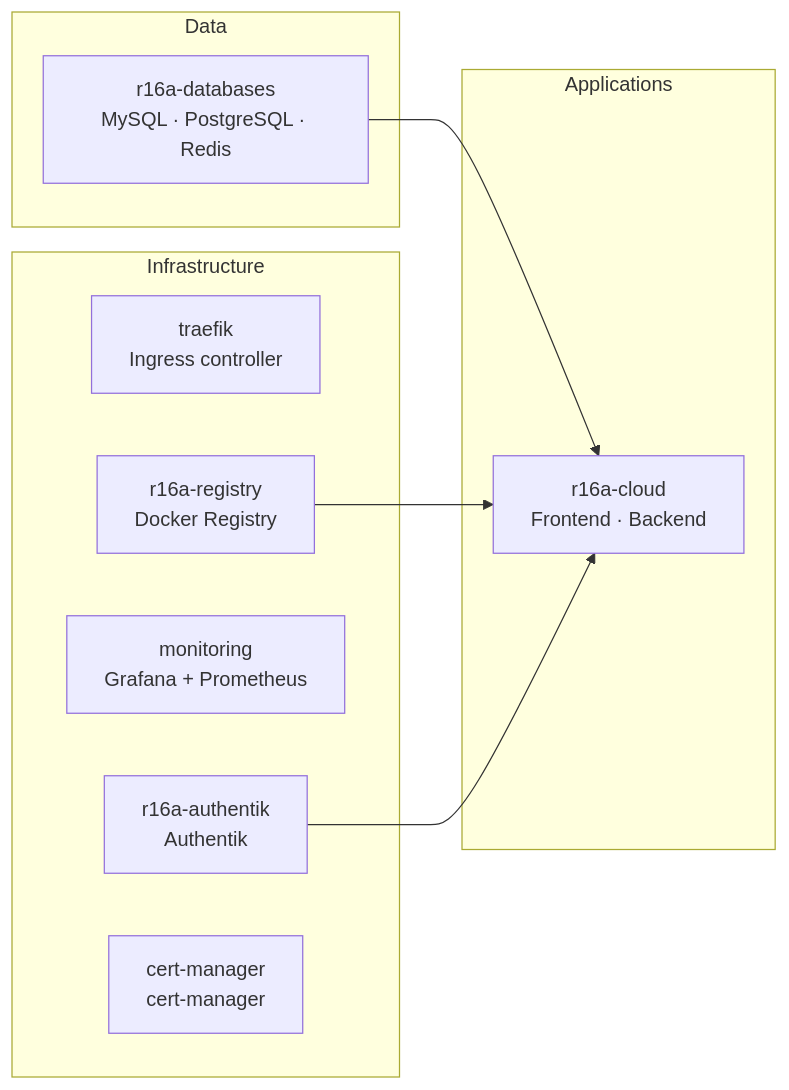
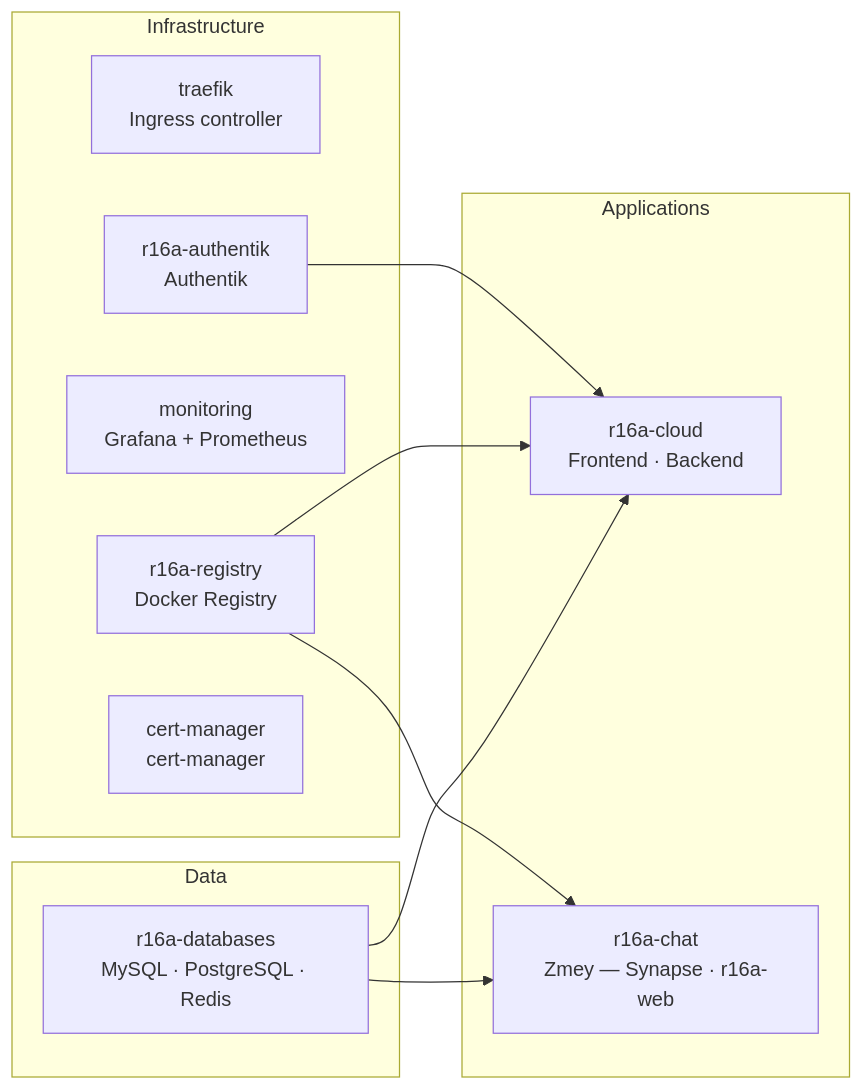
One commit to Ramphy0x90/r16a-infra changed the second of 3 diagrams in kubernetes.md. Above: the diagram before and after it, drawn with Mermaid. The commit also changed other lines of this file and 2 other files, not shown here.

Commit message:
update: Zmey intro

````diff
--- a/kubernetes.md
+++ b/kubernetes.md
@@ -48,22 +48,25 @@
 ```mermaid
 graph LR
     subgraph infra ["Infrastructure"]
         NS_T[traefik<br>Ingress controller]
         NS_A[r16a-authentik<br>Authentik]
         NS_M[monitoring<br>Grafana + Prometheus]
         NS_R[r16a-registry<br>Docker Registry]
         NS_CM[cert-manager<br>cert-manager]
     end
 
     subgraph data ["Data"]
         NS_DB[r16a-databases<br>MySQL · PostgreSQL · Redis]
     end
 
     subgraph apps ["Applications"]
         NS_C[r16a-cloud<br>Frontend · Backend]
+        NS_CH[r16a-chat<br>Zmey — Synapse · r16a-web]
     end
 
     NS_DB --> NS_C
     NS_R --> NS_C
     NS_A --> NS_C
+    NS_DB --> NS_CH
+    NS_R --> NS_CH
 ```
````
